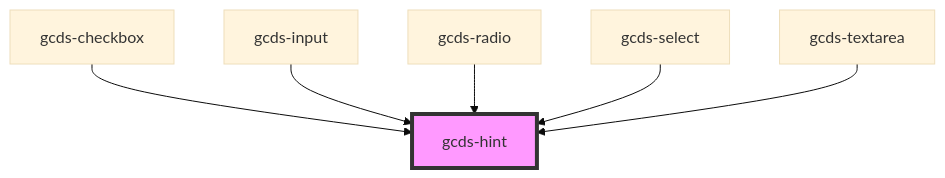
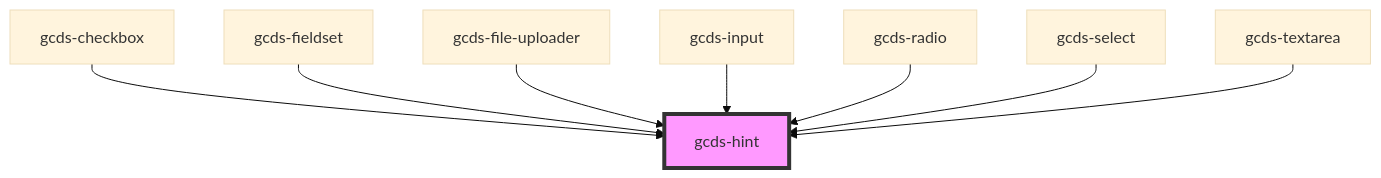
Before and after one commit to cds-snc/gcds-components: the diagram in src/components/gcds-hint/readme.md, drawn with Mermaid (base theme). The commit also changed other lines of this file and 11 other files, not shown here.

Commit message:
add gcds-file-uploader component

````diff
--- a/src/components/gcds-hint/readme.md
+++ b/src/components/gcds-hint/readme.md
@@ -27,9 +29,11 @@
 ```mermaid
 graph TD;
   gcds-checkbox --> gcds-hint
+  gcds-fieldset --> gcds-hint
+  gcds-file-uploader --> gcds-hint
   gcds-input --> gcds-hint
   gcds-radio --> gcds-hint
   gcds-select --> gcds-hint
   gcds-textarea --> gcds-hint
   style gcds-hint fill:#f9f,stroke:#333,stroke-width:4px
 ```
````
